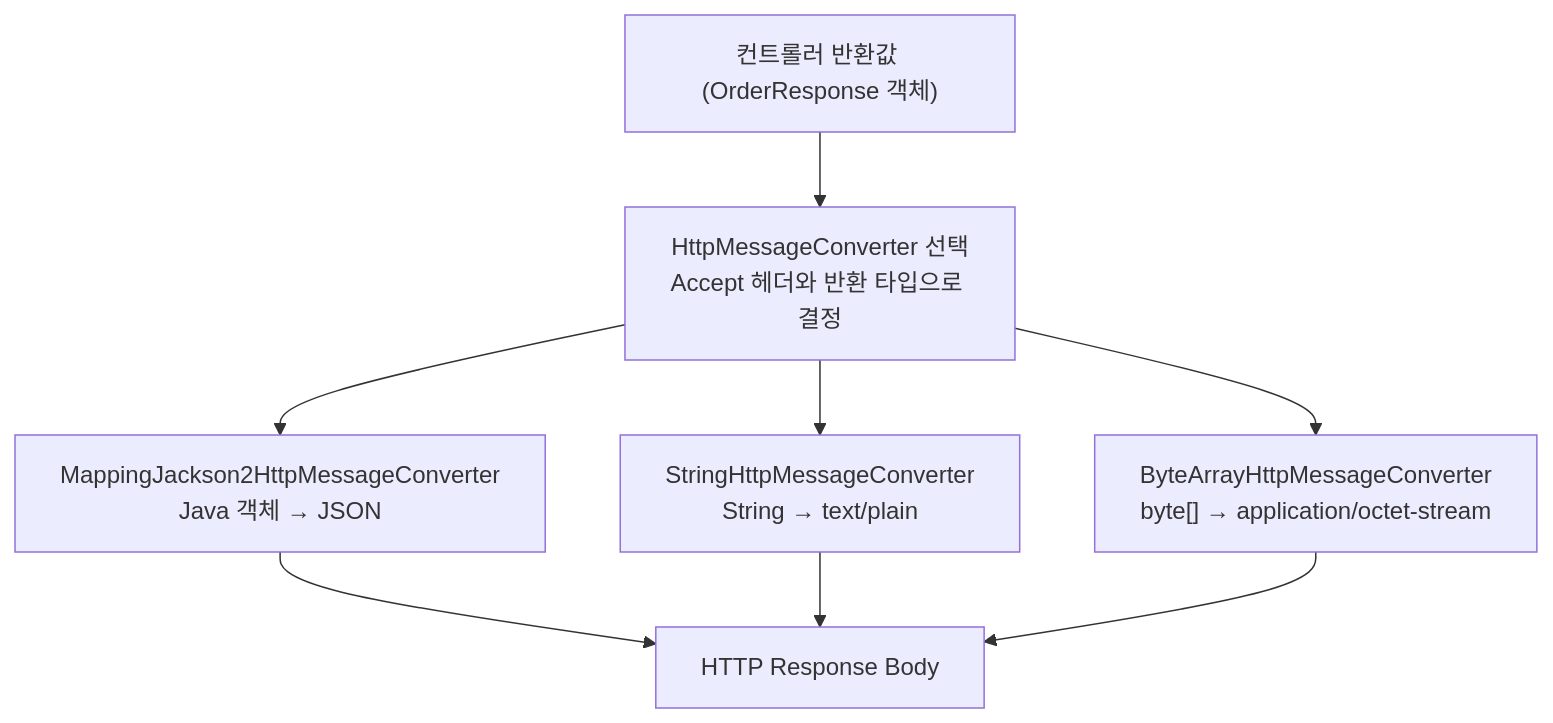
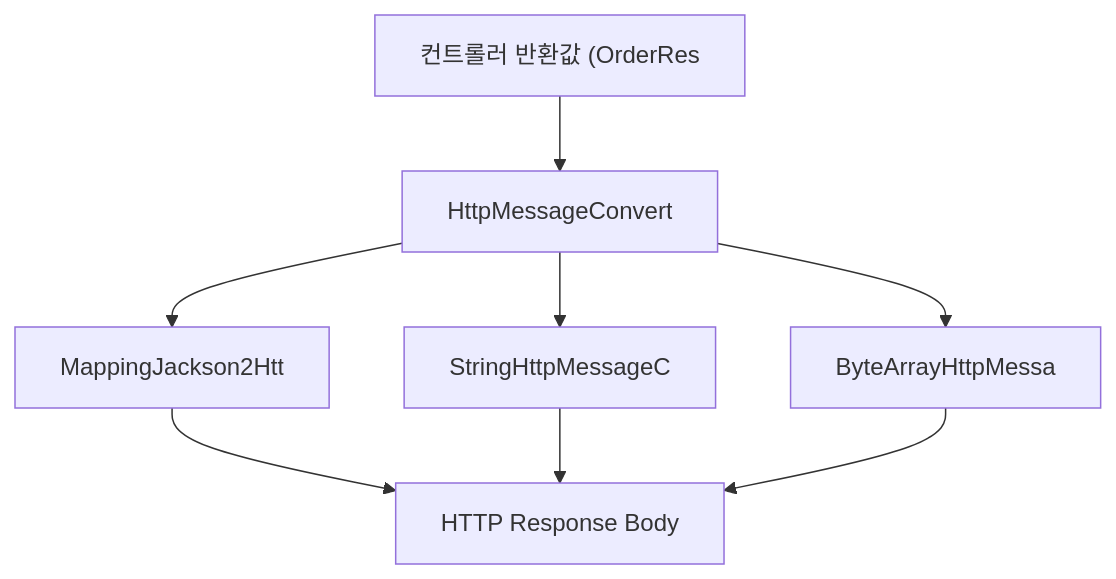
Diagram 11 of 14 in _posts/spring/2026-05-02-spring-mvc-deep.md (yjkim2015/yjkim2015.github.io), drawn with Mermaid before and after one commit. The commit also changed other lines of this file and 271 other files, not shown here.

First line of the commit message:
Mermaid 라벨 축소: 긴 노드 텍스트 18자 이하로 트림 + \n 제거

````diff
--- a/_posts/spring/2026-05-02-spring-mvc-deep.md
+++ b/_posts/spring/2026-05-02-spring-mvc-deep.md
@@ -752,10 +752,10 @@
 ```mermaid
 graph TD
-    A["컨트롤러 반환값 (OrderResponse 객체)"] --> B["HttpMessageConverter 선택\nAccept 헤더와 반환 타입으로 결정"]
-    B --> C1["MappingJackson2HttpMessageConverter\nJava 객체 → JSON"]
-    B --> C2["StringHttpMessageConverter\nString → text/plain"]
-    B --> C3["ByteArrayHttpMessageConverter\nbyte[] → application/octet-stream"]
+    A["컨트롤러 반환값 (OrderRes"] --> B["HttpMessageConvert"]
+    B --> C1["MappingJackson2Htt"]
+    B --> C2["StringHttpMessageC"]
+    B --> C3["ByteArrayHttpMessa"]
     C1 --> D["HTTP Response Body"]
     C2 --> D
     C3 --> D
 ```
````
